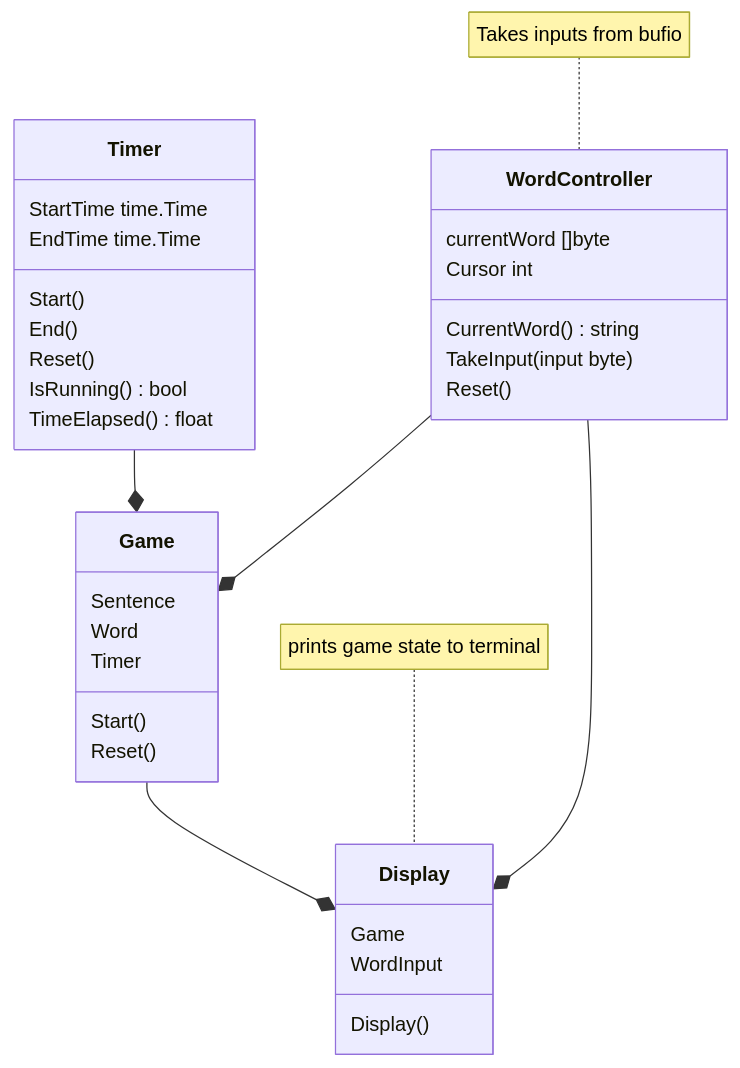
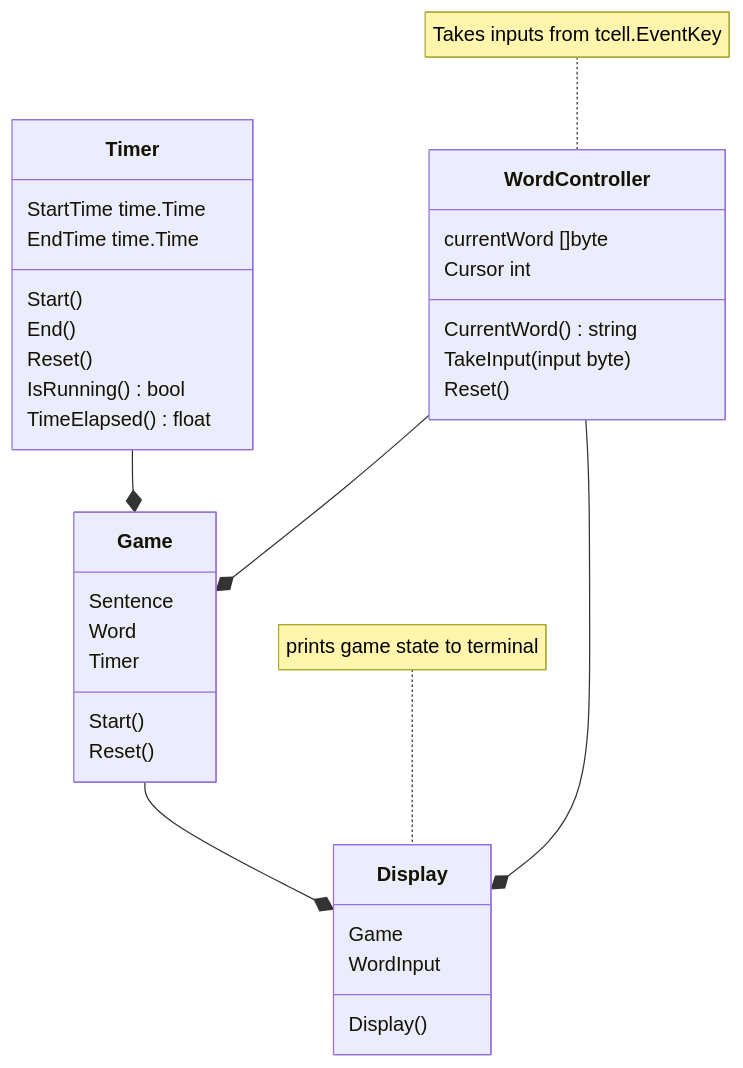
The diagram in README.md (LyndonFan/go-typeracer), drawn with Mermaid before and after one commit. The commit also changed other lines of this file and 6 other files, not shown here.

````diff
--- a/README.md
+++ b/README.md
@@ -23,37 +23,37 @@
 ```mermaid
 classDiagram
     class Game {
         Sentence
         Word
         Timer
         Start()
         Reset()
     }
     class Timer {
         StartTime time.Time
         EndTime time.Time
         Start()
         End()
         Reset()
         IsRunning() bool
         TimeElapsed() float
     }
-    note for WordController "Takes inputs from bufio"
+    note for WordController "Takes inputs from tcell.EventKey"
     class WordController {
         currentWord []byte
         Cursor int
         CurrentWord() string
         TakeInput(input byte)
         Reset()
     }
     WordController --* Game
     Timer --* Game
     class Display {
         Game
         WordInput
         Display()
     }
     note for Display "prints game state to terminal"
     Game --* Display
     WordController --* Display
 ```
````
